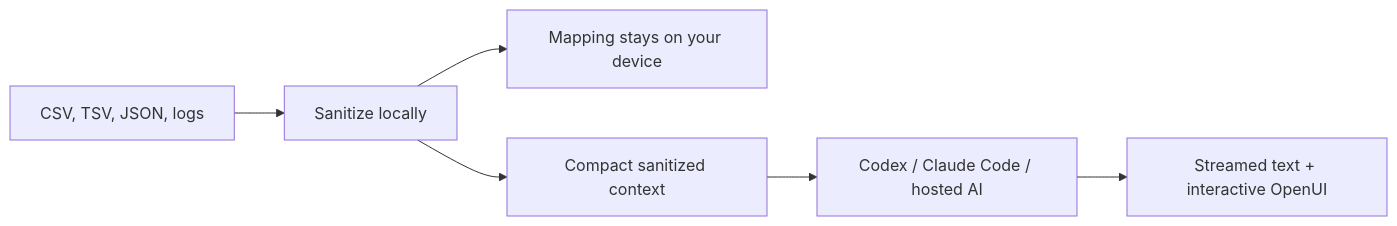
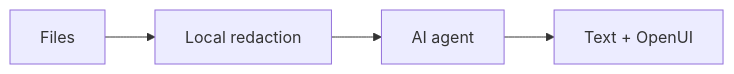
The diagram in README.md (hadiranjbar25/chista), drawn with Mermaid before and after one commit. The commit also changed other lines of this file and 1 other file, not shown here.

````diff
--- a/README.md
+++ b/README.md
@@ -11,8 +5,4 @@
 ```mermaid
 flowchart LR
-    Files[CSV, TSV, JSON, logs] --> Redact[Sanitize locally]
-    Redact --> Mapping[Mapping stays on your device]
-    Redact --> Context[Compact sanitized context]
-    Context --> Agent[Codex / Claude Code / hosted AI]
-    Agent --> Reply[Streamed text + interactive OpenUI]
+    Files --> Redact[Local redaction] --> Agent[AI agent] --> Results[Text + OpenUI]
 ```
````
